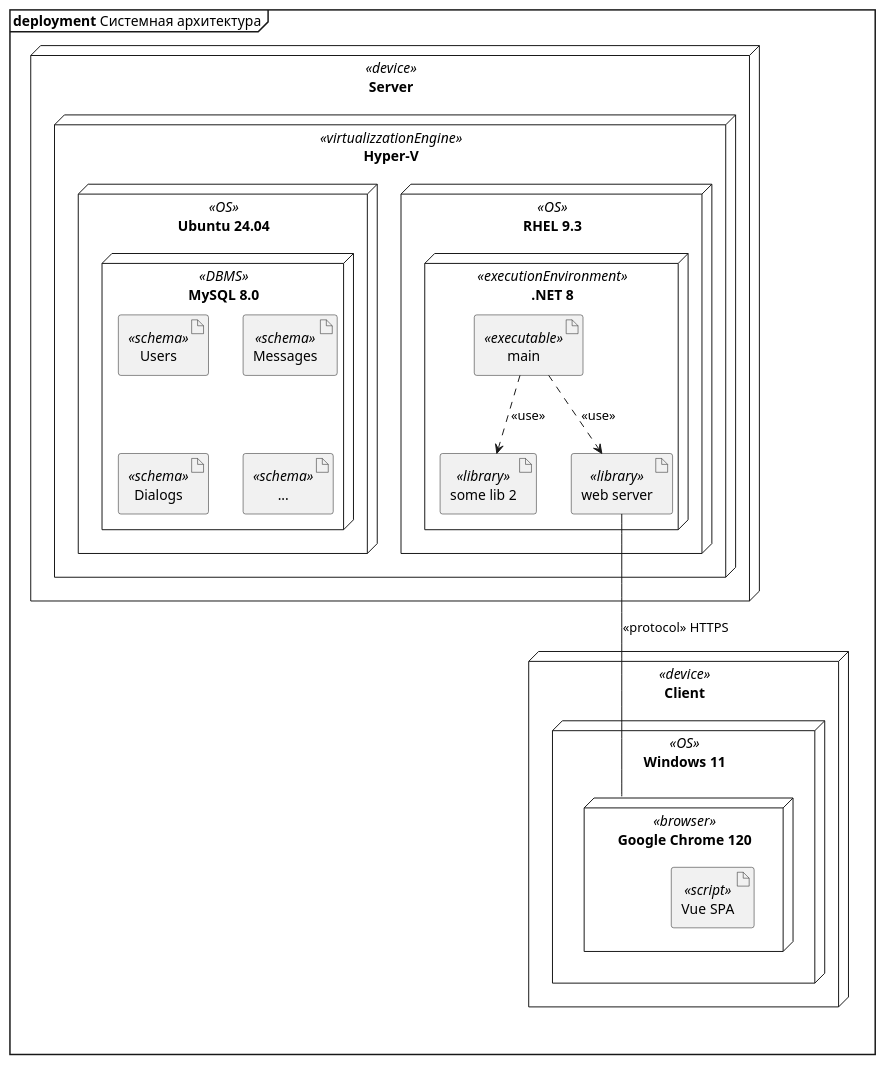
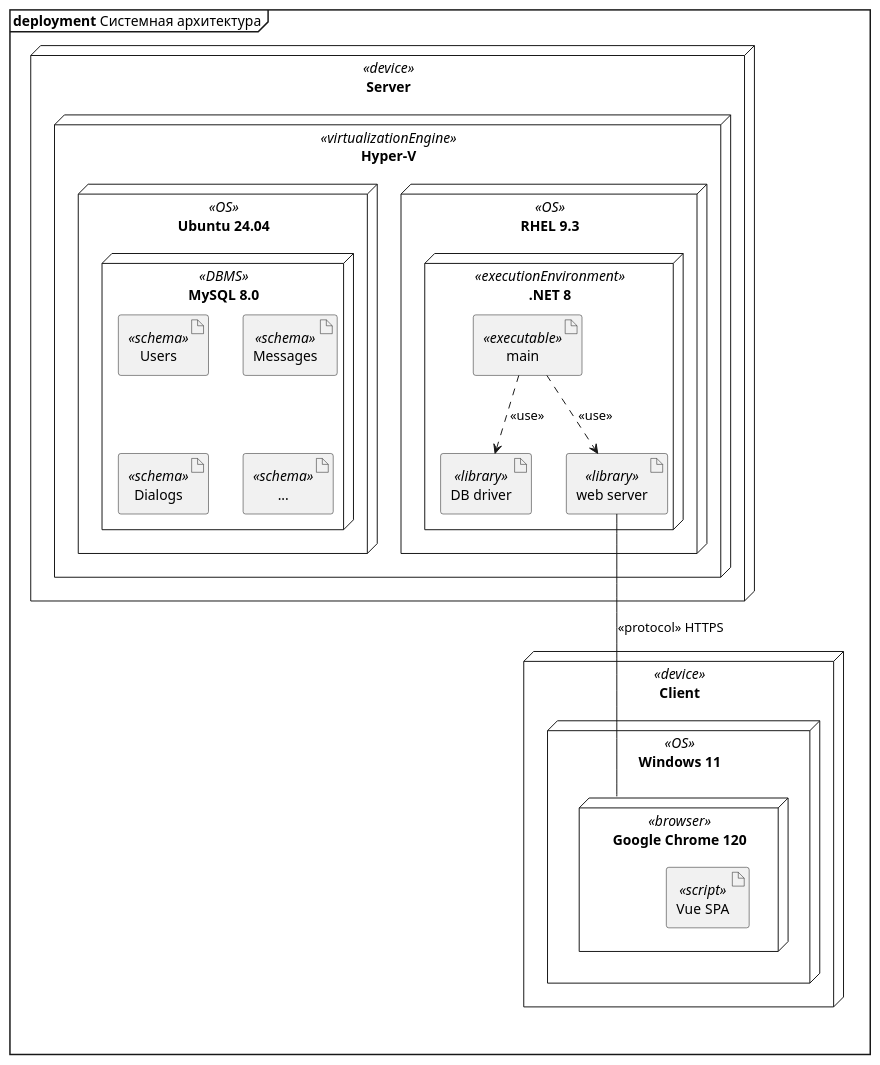
One commit to is-uml-y25/lectures changed the diagram in lecture-05/deployment.puml. Above: the diagram before and after it, drawn with PlantUML.

Commit message:
fix: fix deployment in lecture 5

```diff
--- a/lecture-05/deployment.puml
+++ b/lecture-05/deployment.puml
@@ -1,38 +1,38 @@
 @startuml Deployment
 
 mainframe **deployment** Системная архитектура
 
 node Client <<device>> {
     node "Windows 11" <<OS>> {
         node "Google Chrome 120" <<browser>> {
             artifact "Vue SPA" <<script>>
         }
     }
 }
 
 node "Server" <<device>> {
-    node Hyper-V <<virtualizzationEngine>> {
+    node Hyper-V <<virtualizationEngine>> {
         node "RHEL 9.3" <<OS>> {
             node ".NET 8" <<executionEnvironment>> {
-                artifact "some lib 2" <<library>> as lib2
+                artifact "DB driver" <<library>> as lib2
                 artifact "web server" <<library>> as lib1
                 artifact "main" <<executable>> as main
                 main ..> lib1 : <<use>>
                 main ..> lib2 : <<use>>
             }
         }
 
         node "Ubuntu 24.04" <<OS>> {
             node "MySQL 8.0" <<DBMS>> {
                 artifact Users <<schema>>
                 artifact Messages <<schema>>
                 artifact Dialogs <<schema>>
                 artifact "..." <<schema>>
             }
         }
     }
 }
 
 lib1 -- "Google Chrome 120" : <<protocol>> HTTPS
 
 @enduml
```
